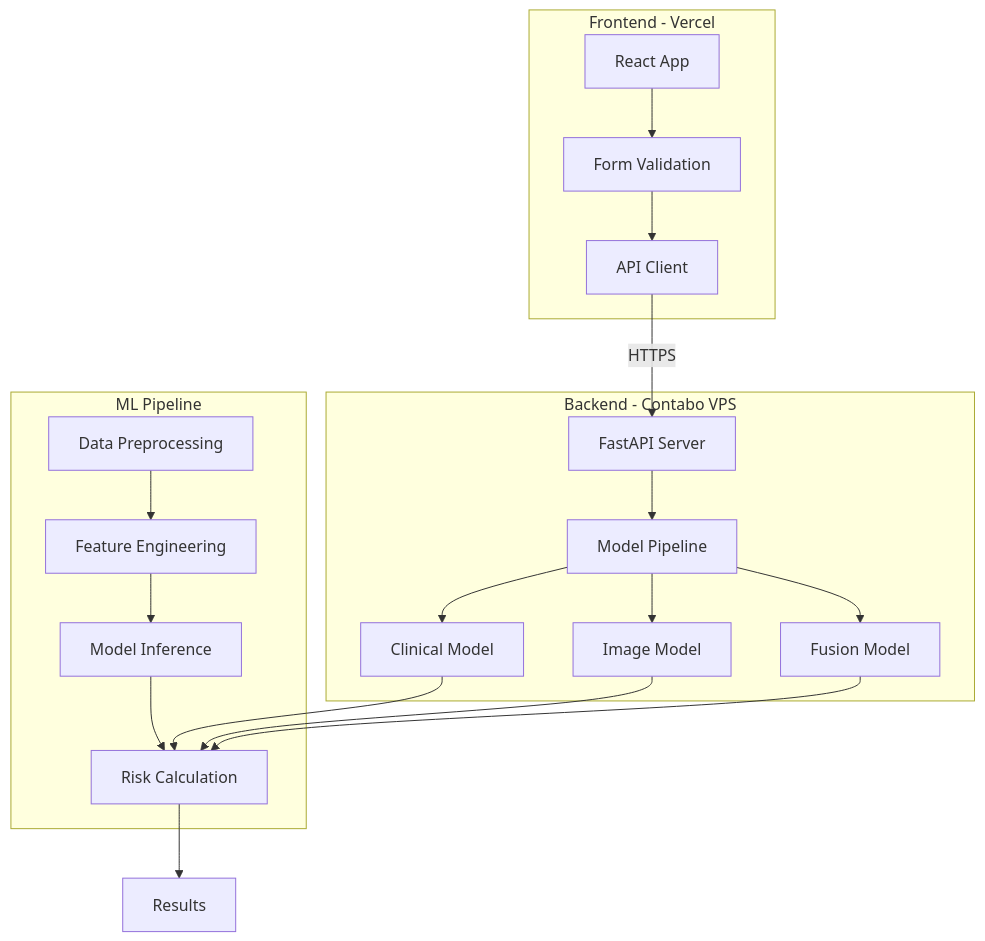
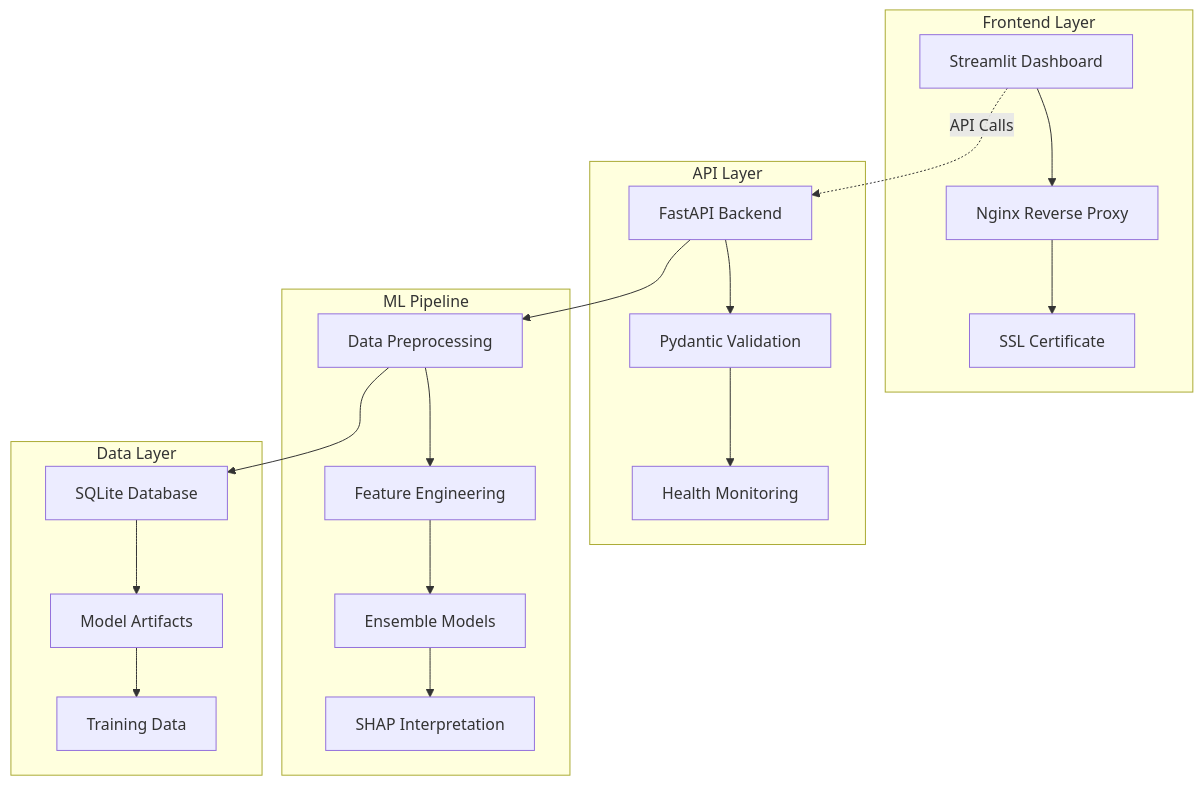
The diagram in README.md (codedbydumi/heart-disease), drawn with Mermaid before and after one commit. The commit also changed other lines of this file, not shown here.

````diff
--- a/README.md
+++ b/README.md
@@ -84,26 +106,27 @@
 ```mermaid
 graph TB
-    subgraph "Frontend - Vercel"
-        A[React App] --> B[Form Validation]
-        B --> C[API Client]
+    subgraph "Frontend Layer"
+        A[Streamlit Dashboard] --> B[Nginx Reverse Proxy]
+        B --> C[SSL Certificate]
     end
     
-    subgraph "Backend - Contabo VPS"
-        D[FastAPI Server] --> E[Model Pipeline]
-        E --> F[Clinical Model]
-        E --> G[Image Model]
-        E --> H[Fusion Model]
+    subgraph "API Layer"  
+        D[FastAPI Backend] --> E[Pydantic Validation]
+        E --> F[Health Monitoring]
     end
     
     subgraph "ML Pipeline"
-        I[Data Preprocessing] --> J[Feature Engineering]
-        J --> K[Model Inference]
-        K --> L[Risk Calculation]
+        G[Data Preprocessing] --> H[Feature Engineering]
+        H --> I[Ensemble Models]
+        I --> J[SHAP Interpretation]
     end
     
-    C -->|HTTPS| D
-    F --> L
-    G --> L
-    H --> L
-    L --> M[Results]
+    subgraph "Data Layer"
+        K[SQLite Database] --> L[Model Artifacts]
+        L --> M[Training Data]
+    end
+    
+    A -.->|API Calls| D
+    D --> G
+    G --> K
 ```
````
